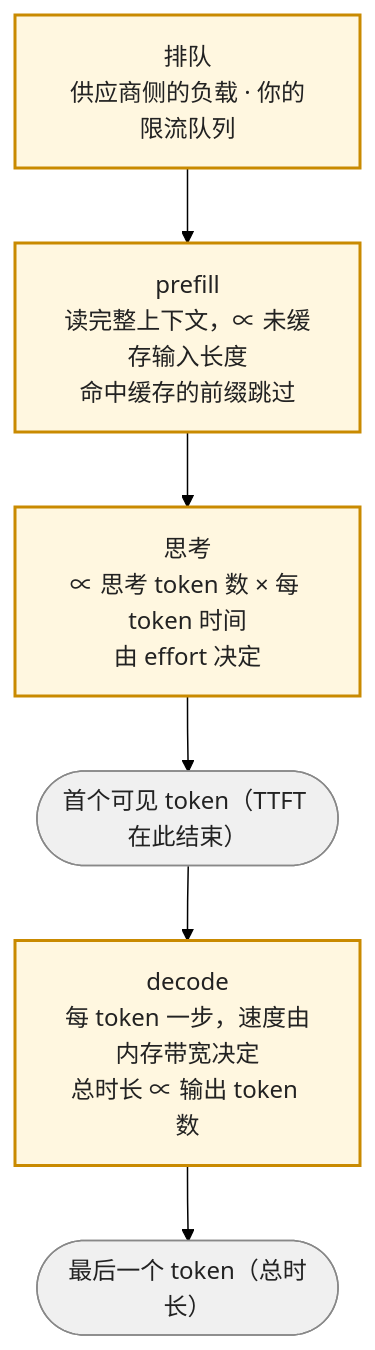
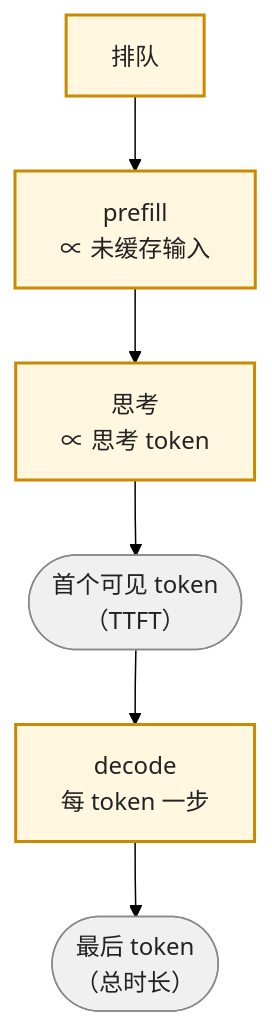
Before and after one commit to arganzheng/arganzheng.github.com: the sixth of 9 diagrams in slides/2026-10-04-model-as-component.md, drawn with Mermaid (forest theme). The commit also changed other lines of this file, not shown here.

Commit message:
slides(2026-10-04-model-as-component): 图内文字 ≥14px——标签缩短/拆分/Unicode 数学

````diff
--- a/slides/2026-10-04-model-as-component.md
+++ b/slides/2026-10-04-model-as-component.md
@@ -165,14 +175,14 @@
 ```mermaid
 %%{init: {"flowchart": {"wrappingWidth": 170}}}%%
 flowchart TB
-    Q["排队<br/>供应商侧的负载 · 你的限流队列"] --> P["prefill<br/>读完整上下文，∝ 未缓存输入长度<br/>命中缓存的前缀跳过"]
-    P --> T["思考<br/>∝ 思考 token 数 × 每 token 时间<br/>由 effort 决定"]
-    T --> F(["首个可见 token（TTFT 在此结束）"])
-    F --> D["decode<br/>每 token 一步，速度由内存带宽决定<br/>总时长 ∝ 输出 token 数"]
-    D --> E(["最后一个 token（总时长）"])
+    Q["排队"] --> P["prefill<br/>∝ 未缓存输入"]
+    P --> T["思考<br/>∝ 思考 token"]
+    T --> F(["首个可见 token<br/>（TTFT）"])
+    F --> D["decode<br/>每 token 一步"]
+    D --> E(["最后 token<br/>（总时长）"])
 
     classDef seg fill:#fff7e0,stroke:#c98a00,stroke-width:2px,color:#222
     classDef mark fill:#f0f0f0,stroke:#888,color:#222
     class Q,P,T,D seg
     class F,E mark
 ```
````
